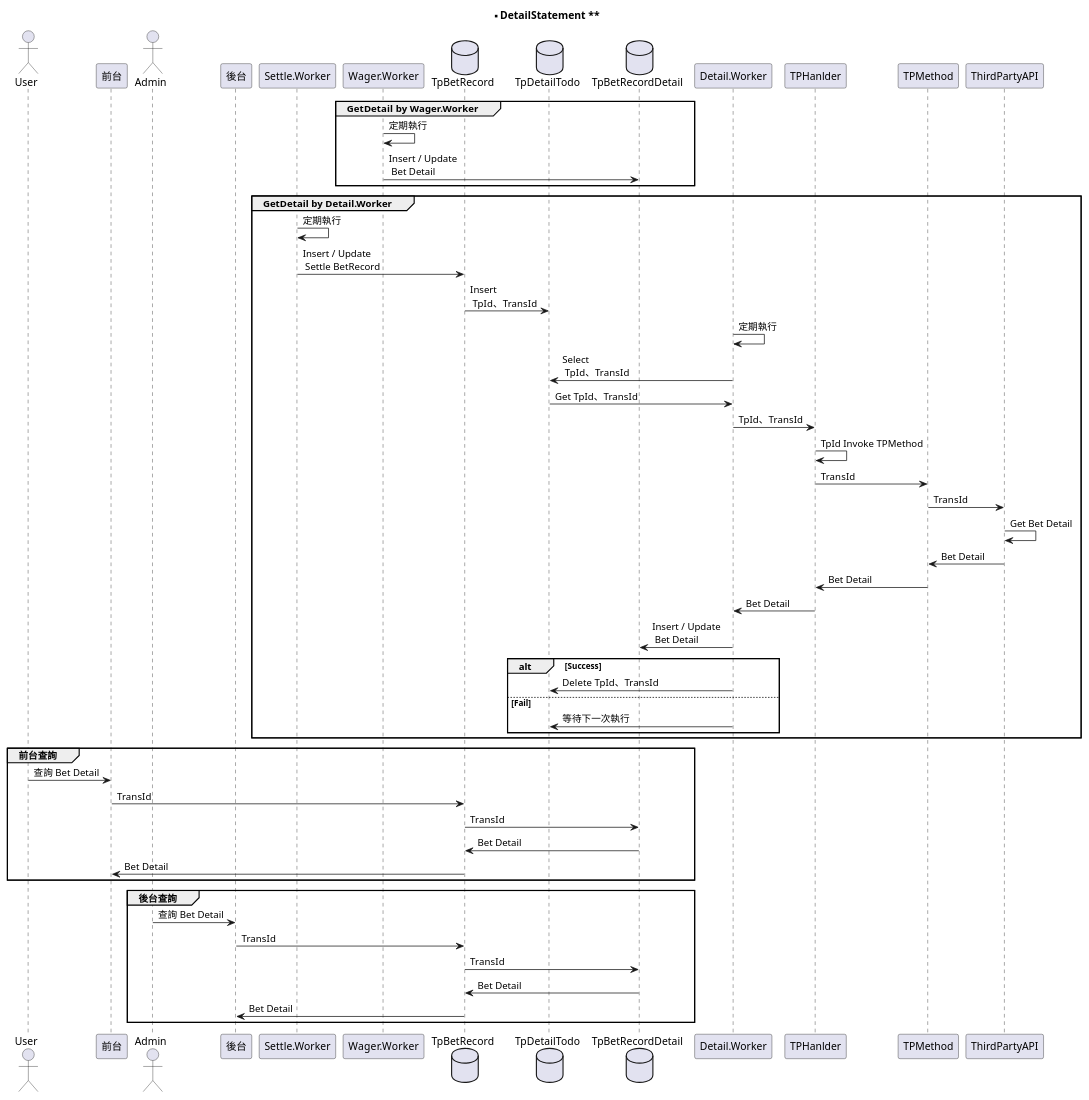
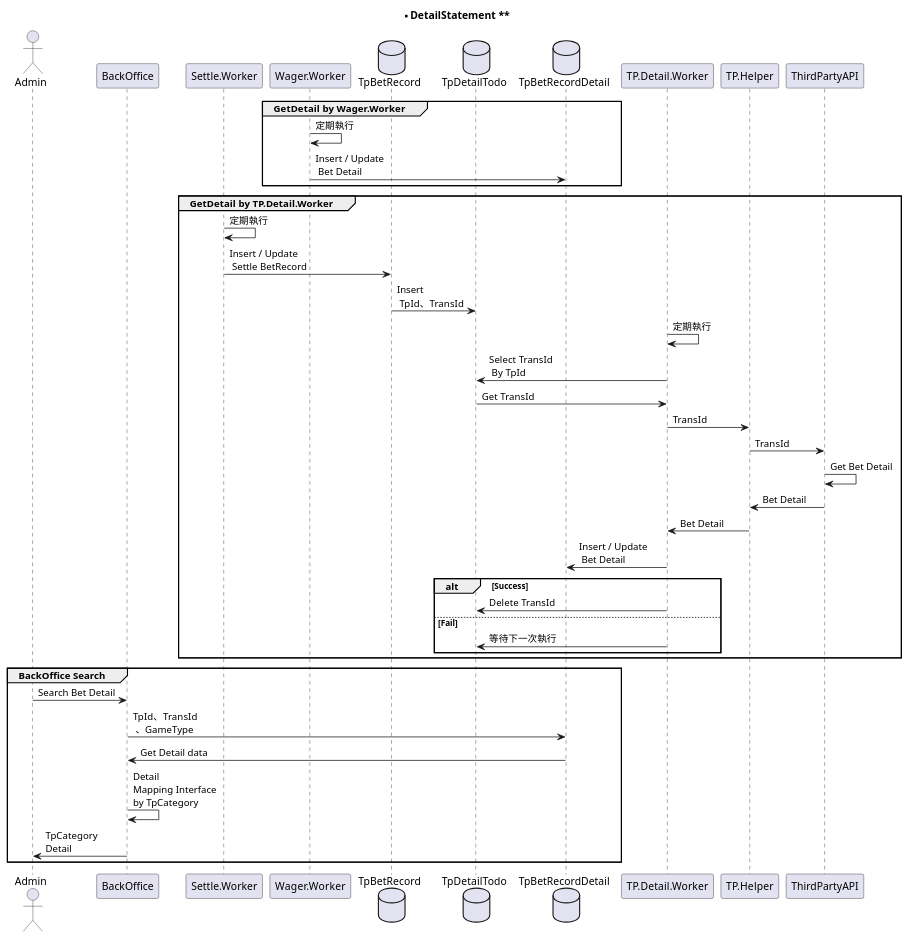
Before and after one commit to starixvn/S1_backend_uml: the diagram in DetailStatement.puml, drawn with PlantUML.

Commit message:
fix: Update DetailStatement.

```diff
--- a/DetailStatement.puml
+++ b/DetailStatement.puml
@@ -1,62 +1,48 @@
 @startuml 
 title ** DetailStatement **
 
-actor User
-participant 前台 
 actor Admin
-participant 後台 
+participant BackOffice 
 participant Settle.Worker 
 participant Wager.Worker 
-
 
 database  TpBetRecord   
 database  TpDetailTodo
 database  TpBetRecordDetail
-participant Detail.Worker 
+participant TP.Detail.Worker 
 Group GetDetail by Wager.Worker
 Wager.Worker -> Wager.Worker : 定期執行
 Wager.Worker -> TpBetRecordDetail : Insert / Update \n Bet Detail
 END
 
 
-Group GetDetail by Detail.Worker
+Group GetDetail by TP.Detail.Worker
 Settle.Worker-> Settle.Worker: 定期執行
 Settle.Worker -> TpBetRecord : Insert / Update \n Settle BetRecord 
 TpBetRecord -> TpDetailTodo :  Insert \n TpId、TransId
-Detail.Worker-> Detail.Worker: 定期執行
-Detail.Worker -> TpDetailTodo : Select \n TpId、TransId
-TpDetailTodo -> Detail.Worker : Get TpId、TransId
-Detail.Worker -> TPHanlder :TpId、TransId
-TPHanlder -> TPHanlder:TpId Invoke TPMethod
-TPHanlder -> TPMethod:TransId
-TPMethod -> ThirdPartyAPI :TransId
+TP.Detail.Worker-> TP.Detail.Worker: 定期執行
+TP.Detail.Worker -> TpDetailTodo : Select TransId \n By TpId
+TpDetailTodo -> TP.Detail.Worker : Get TransId
+TP.Detail.Worker -> TP.Helper:TransId
+TP.Helper -> ThirdPartyAPI :TransId
 ThirdPartyAPI -> ThirdPartyAPI :Get Bet Detail
-ThirdPartyAPI -> TPMethod : Bet Detail
-TPMethod -> TPHanlder : Bet Detail
-TPHanlder -> Detail.Worker : Bet Detail
-Detail.Worker ->  TpBetRecordDetail : Insert / Update \n Bet Detail
+ThirdPartyAPI -> TP.Helper : Bet Detail
+TP.Helper -> TP.Detail.Worker : Bet Detail
+TP.Detail.Worker ->  TpBetRecordDetail : Insert / Update \n Bet Detail
 alt Success
-    Detail.Worker ->  TpDetailTodo : Delete TpId、TransId
+    TP.Detail.Worker ->  TpDetailTodo : Delete TransId
 else Fail
-    Detail.Worker ->  TpDetailTodo : 等待下一次執行
+    TP.Detail.Worker ->  TpDetailTodo : 等待下一次執行
 end
 
 
 END
 
-Group 前台查詢
-User -> 前台:查詢 Bet Detail
-前台 -> TpBetRecord:TransId
-TpBetRecord -> TpBetRecordDetail:TransId
-TpBetRecordDetail -> TpBetRecord : Bet Detail
-TpBetRecord -> 前台 : Bet Detail
-END
-
-GROUP 後台查詢
-Admin -> 後台:查詢 Bet Detail
-後台 -> TpBetRecord:TransId
-TpBetRecord -> TpBetRecordDetail:TransId
-TpBetRecordDetail -> TpBetRecord : Bet Detail
-TpBetRecord -> 後台 : Bet Detail
+GROUP BackOffice Search
+Admin -> BackOffice:Search Bet Detail
+BackOffice -> TpBetRecordDetail:TpId、TransId\n 、GameType
+TpBetRecordDetail -> BackOffice : Get Detail data
+BackOffice -> BackOffice: Detail \nMapping Interface \nby TpCategory
+BackOffice -> Admin : TpCategory \nDetail
 END
 @enduml
```
